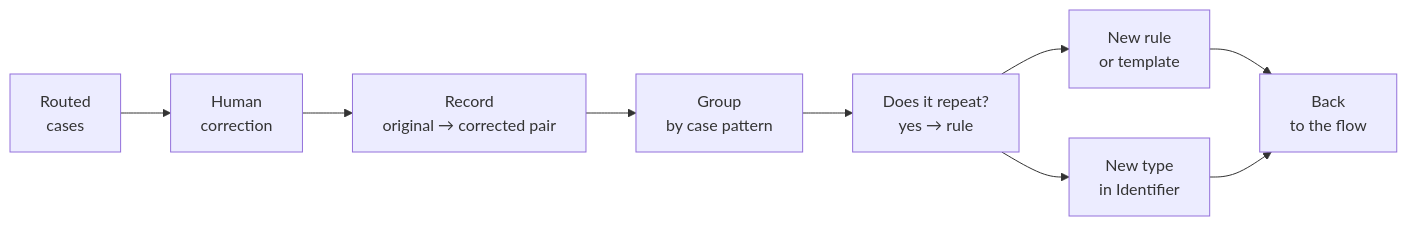
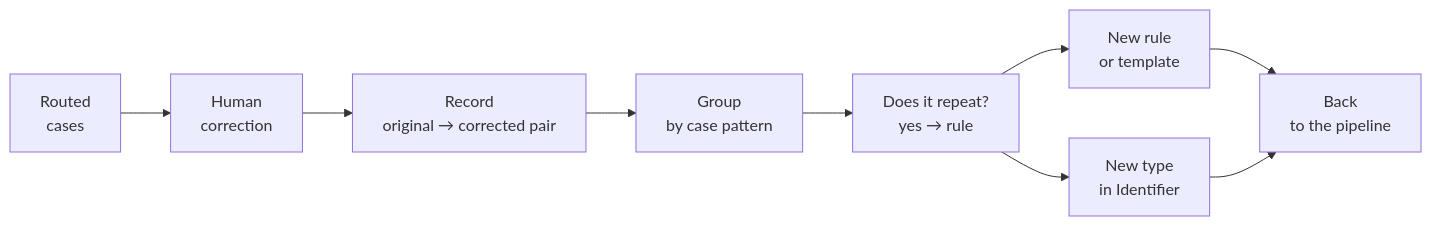
The tenth of 10 diagrams in components.md (mariogarcia-ar/docflow), drawn with Mermaid before and after one commit. The commit also changed other lines of this file and 1 other file, not shown here.

Commit message:
Refine documentation on extractor modes and terminology, clarifying the distinction between extractors and flows, and updating references for consistency across components.

````diff
--- a/components.md
+++ b/components.md
@@ -355,11 +370,11 @@
 ```mermaid
 graph LR
     A["Routed<br/>cases"] --> B["Human<br/>correction"]
     B --> C["Record<br/>original → corrected pair"]
     C --> D["Group<br/>by case pattern"]
     D --> E["Does it repeat?<br/>yes → rule"]
     E --> F["New rule<br/>or template"]
     E --> G["New type<br/>in Identifier"]
-    F --> H["Back<br/>to the flow"]
+    F --> H["Back<br/>to the pipeline"]
     G --> H
 ```
````
